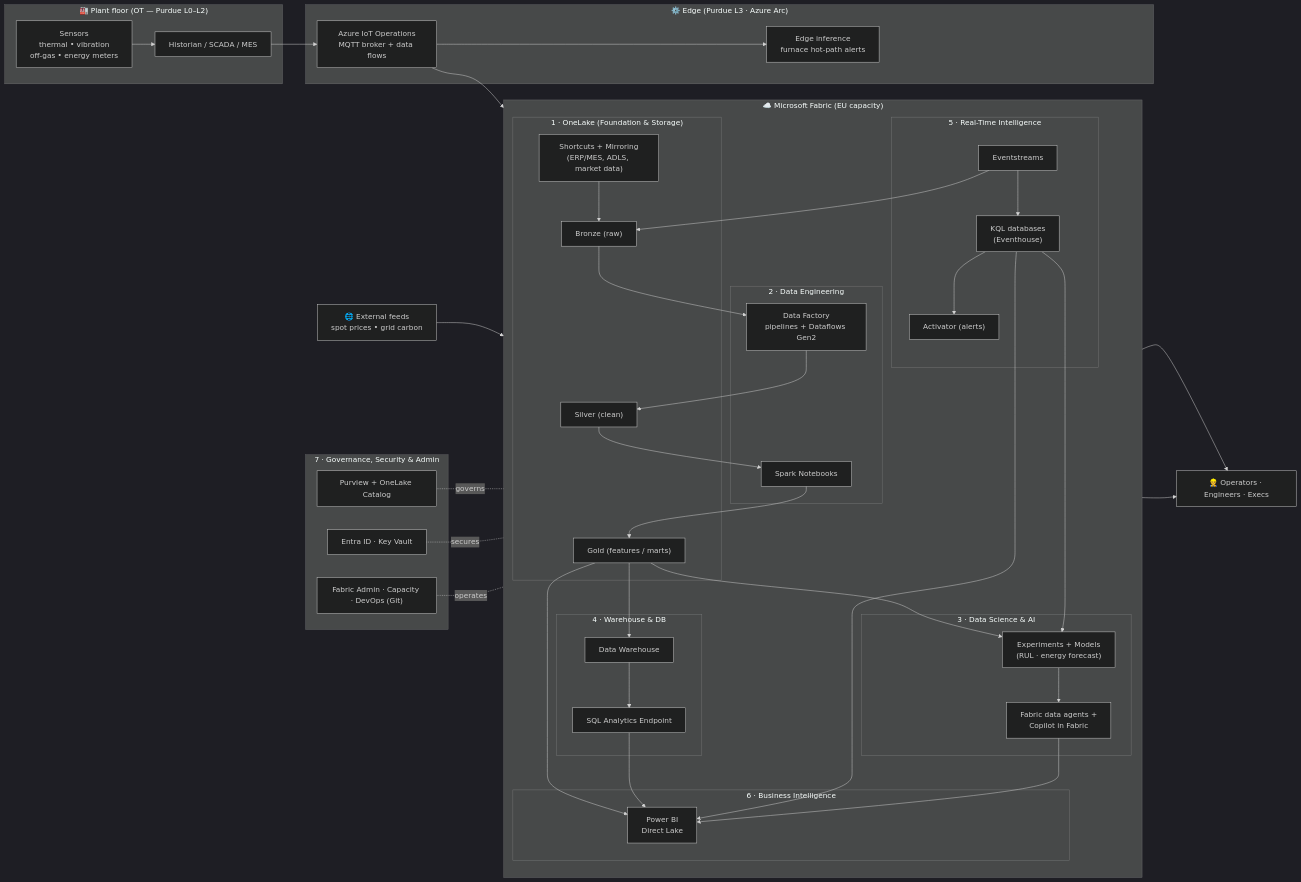
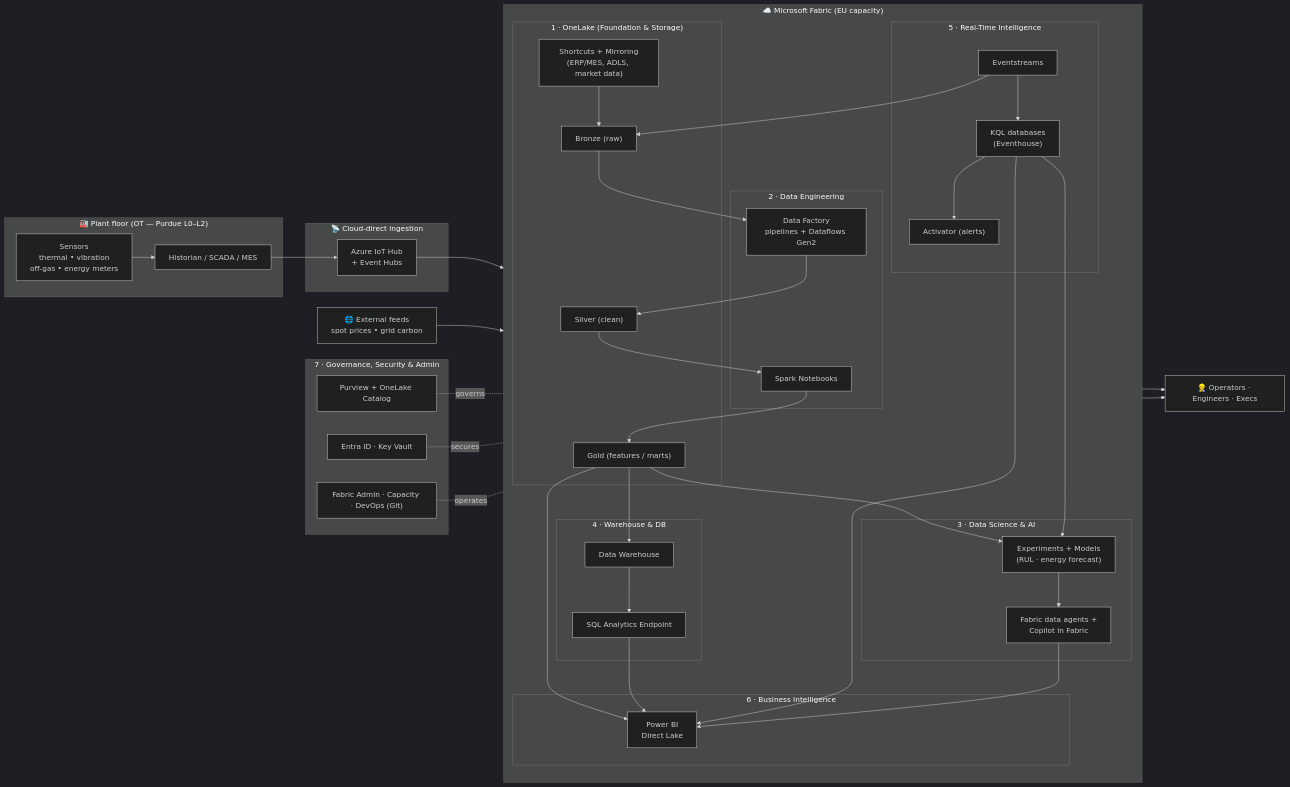
Before and after one commit to frkim/NovaSteel: the first of 2 diagrams in docs/usecase/First_Proposal/02a-fabric-iot-architecture.md, drawn with Mermaid (dark theme). The commit also changed other lines of this file and 8 other files, not shown here.

Commit message:
Refactor architecture documentation to emphasize cloud-direct ingestion via Azure IoT Hub and update AI/ML service references to Fabric Data Science and Foundry IQ for improved clarity and consistency.

````diff
--- a/docs/usecase/First_Proposal/02a-fabric-iot-architecture.md
+++ b/docs/usecase/First_Proposal/02a-fabric-iot-architecture.md
@@ -41,71 +42,69 @@
 ```mermaid
 flowchart LR
     subgraph OT["🏭 Plant floor (OT — Purdue L0–L2)"]
         SENS["Sensors\nthermal • vibration\noff-gas • energy meters"]
         HIST["Historian / SCADA / MES"]
     end
 
-    subgraph EDGE["⚙️ Edge (Purdue L3 · Azure Arc)"]
-        IOO["Azure IoT Operations\nMQTT broker + data flows"]
-        EINF["Edge inference\nfurnace hot-path alerts"]
+    subgraph CONN["📡 Cloud-direct ingestion"]
+        IOH["Azure IoT Hub\n+ Event Hubs"]
     end
 
     subgraph FAB["☁️ Microsoft Fabric (EU capacity)"]
         direction TB
         subgraph RTIL["5 · Real-Time Intelligence"]
             ES["Eventstreams"]
             KQL["KQL databases\n(Eventhouse)"]
             ACT["Activator (alerts)"]
         end
         subgraph STORE["1 · OneLake (Foundation & Storage)"]
             BRZ["Bronze (raw)"]
             SLV["Silver (clean)"]
             GLD["Gold (features / marts)"]
             SC["Shortcuts + Mirroring\n(ERP/MES, ADLS, market data)"]
         end
         subgraph ENG["2 · Data Engineering"]
             DF["Data Factory\npipelines + Dataflows Gen2"]
             NB["Spark Notebooks"]
         end
         subgraph DS["3 · Data Science & AI"]
             EXP["Experiments + Models\n(RUL · energy forecast)"]
             AGT["Fabric data agents +\nCopilot in Fabric"]
         end
         subgraph WH["4 · Warehouse & DB"]
             DW["Data Warehouse"]
             SAE["SQL Analytics Endpoint"]
         end
         subgraph BI["6 · Business Intelligence"]
             PBI["Power BI\nDirect Lake"]
         end
     end
 
     subgraph GOV["7 · Governance, Security & Admin"]
         PUR["Purview + OneLake Catalog"]
         ENT["Entra ID · Key Vault"]
         ADM["Fabric Admin · Capacity · DevOps (Git)"]
     end
 
     EXT["🌐 External feeds\nspot prices • grid carbon"]
     OPS["👷 Operators · Engineers · Execs"]
 
-    SENS --> HIST --> IOO --> ES
-    IOO --> EINF
+    SENS --> HIST --> IOH --> ES
     ES --> KQL --> ACT
     ES --> BRZ
     SC --> BRZ
     EXT --> ES
     BRZ --> DF --> SLV --> NB --> GLD
     GLD --> EXP --> AGT
     KQL --> EXP
     GLD --> DW --> SAE
     GLD --> PBI
     SAE --> PBI
     KQL --> PBI
     AGT --> PBI
     ACT --> OPS
     PBI --> OPS
     PUR -.governs.- STORE
     ENT -.secures.- FAB
     ADM -.operates.- FAB
 ```
````
